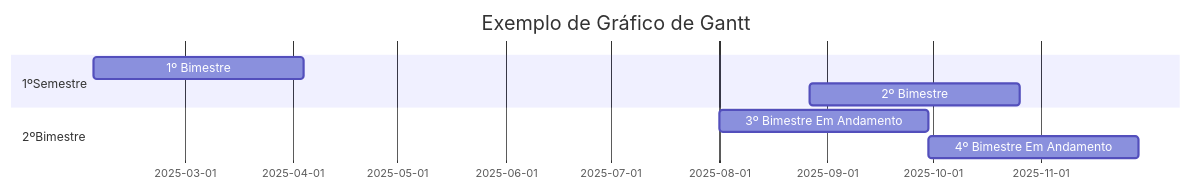
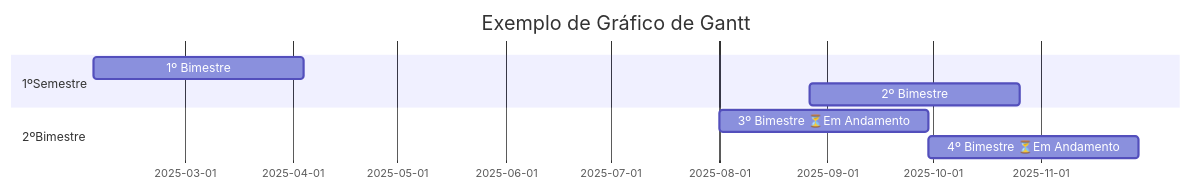
One commit to TheLimaLeo/grafico_de_Gantt changed the third of 3 diagrams in README.md. Above: the diagram before and after it, drawn with Mermaid.

````diff
--- a/README.md
+++ b/README.md
@@ -17,12 +17,12 @@
 ```mermaid
 gantt
   title Exemplo de Gráfico de Gantt
 dateFormat YYYY-MM-DD
 section 1ºSemestre
 1º Bimestre: ✅Finalizado: a1, 2025-02-03, 60d
 2º Bimestre: ✅Finalizado: a2, after a1, 60d
 section 2ºBimestre
-3º Bimestre Em Andamento: a3, 2025-08-01, 60d
-4º Bimestre Em Andamento: a4, after a3, 60d
+3º Bimestre ⏳Em Andamento: a3, 2025-08-01, 60d
+4º Bimestre ⏳Em Andamento: a4, after a3, 60d
 
 ```
````
